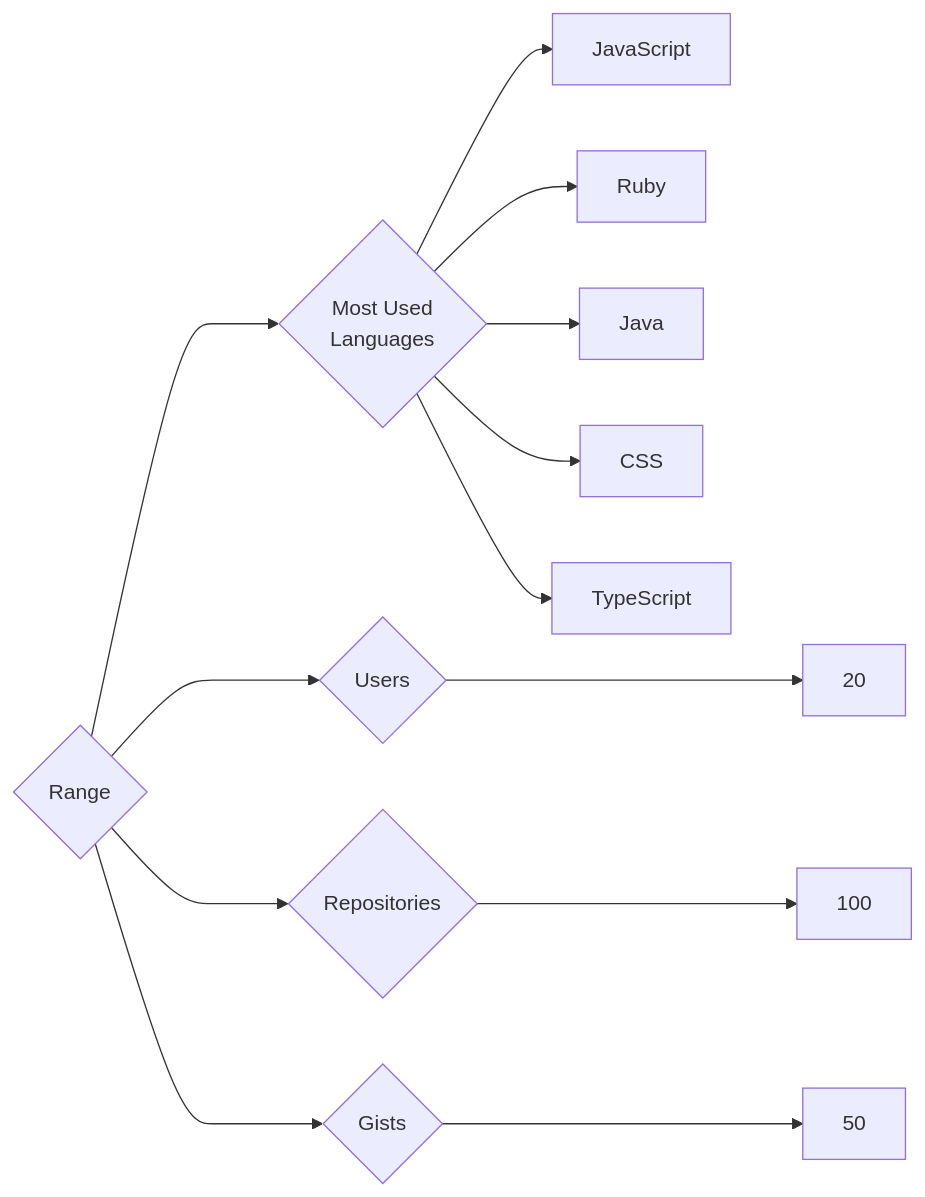
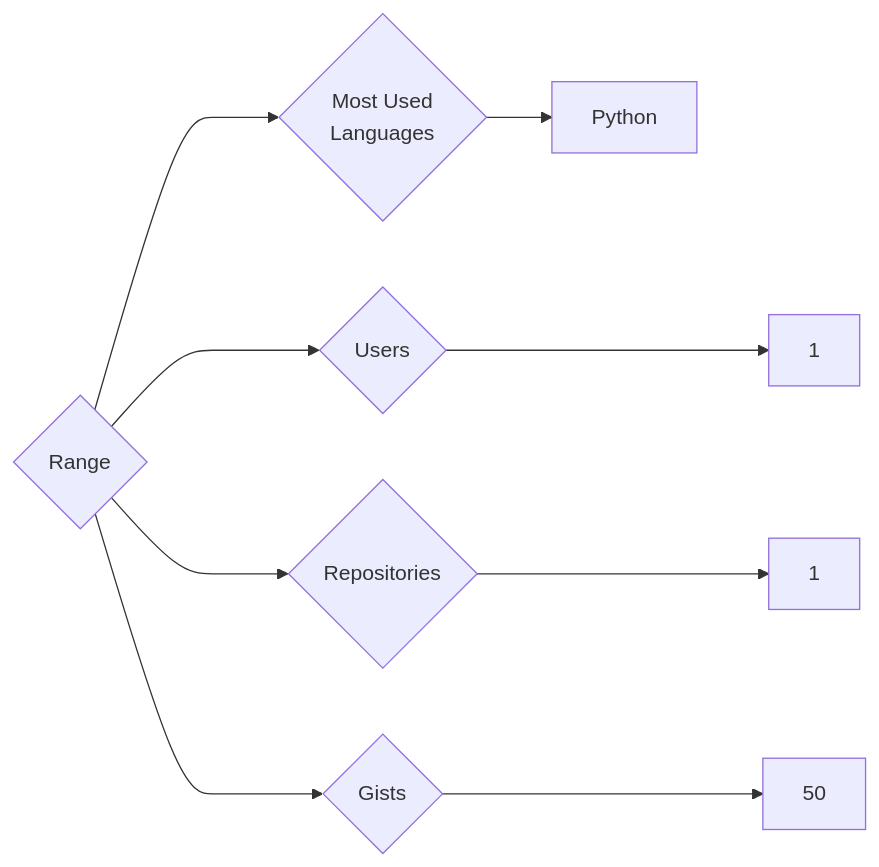
Before and after one commit to trickest/insiders: the diagram in targets/Range/README.md, drawn with Mermaid. The commit also changed 955 other files, not shown here.

````diff
--- a/targets/Range/README.md
+++ b/targets/Range/README.md
@@ -3,13 +3,9 @@
 ```mermaid
 graph LR
 COMPANY_NAME{Range}
-COMPANY_NAME ---> U{Users} ---> UN[20]
-COMPANY_NAME ---> R{Repositories} ---> RN[100]
+COMPANY_NAME ---> U{Users} ---> UN[1]
+COMPANY_NAME ---> R{Repositories} ---> RN[1]
 COMPANY_NAME ---> G{Gists} ---> GN[50]
 COMPANY_NAME ---> ML{Most Used<br>Languages}
-ML --> JavaScript[JavaScript]
-ML --> Ruby[Ruby]
-ML --> Java[Java]
-ML --> CSS[CSS]
-ML --> TypeScript[TypeScript]
+ML --> Python[Python]
 ```
````
